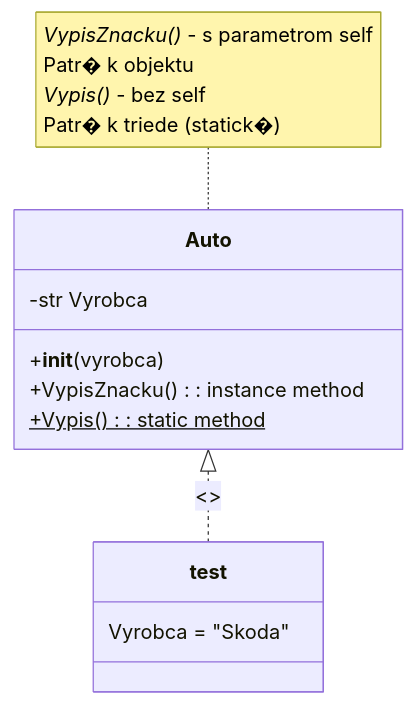
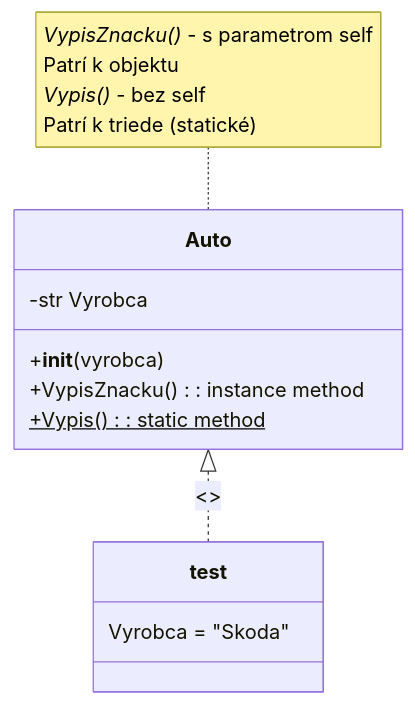
One commit to SpsKnSK/api changed the second of 3 diagrams in Lessons_sk/13_classes_1_sk.md. Above: the diagram before and after it, drawn with Mermaid. The commit also changed other lines of this file, not shown here.

````diff
--- a/Lessons_sk/13_classes_1_sk.md
+++ b/Lessons_sk/13_classes_1_sk.md
@@ -126,17 +126,17 @@
 ```mermaid
 classDiagram
     class Auto {
         -str Vyrobca
         +__init__(vyrobca)
         +VypisZnacku() : instance method
         +Vypis()$ : static method
     }
     
     class test {
         Vyrobca = "Skoda"
     }
     
     Auto <|.. test : <<instance>>
     
-    note for Auto "*VypisZnacku()* - s parametrom self</br>Patr� k objektu</br>*Vypis()* - bez self</br>Patr� k triede (statick�)"
+    note for Auto "*VypisZnacku()* - s parametrom self</br>Patrí k objektu</br>*Vypis()* - bez self</br>Patrí k triede (statické)"
 ```
````
